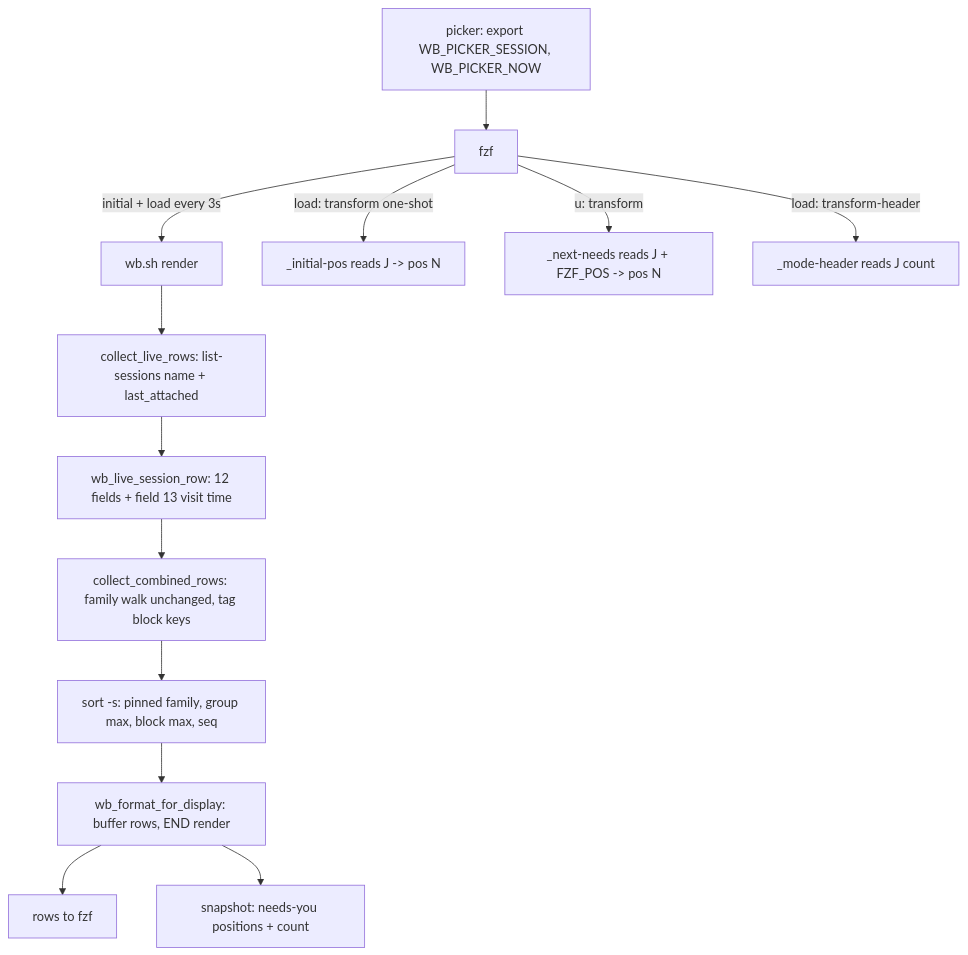
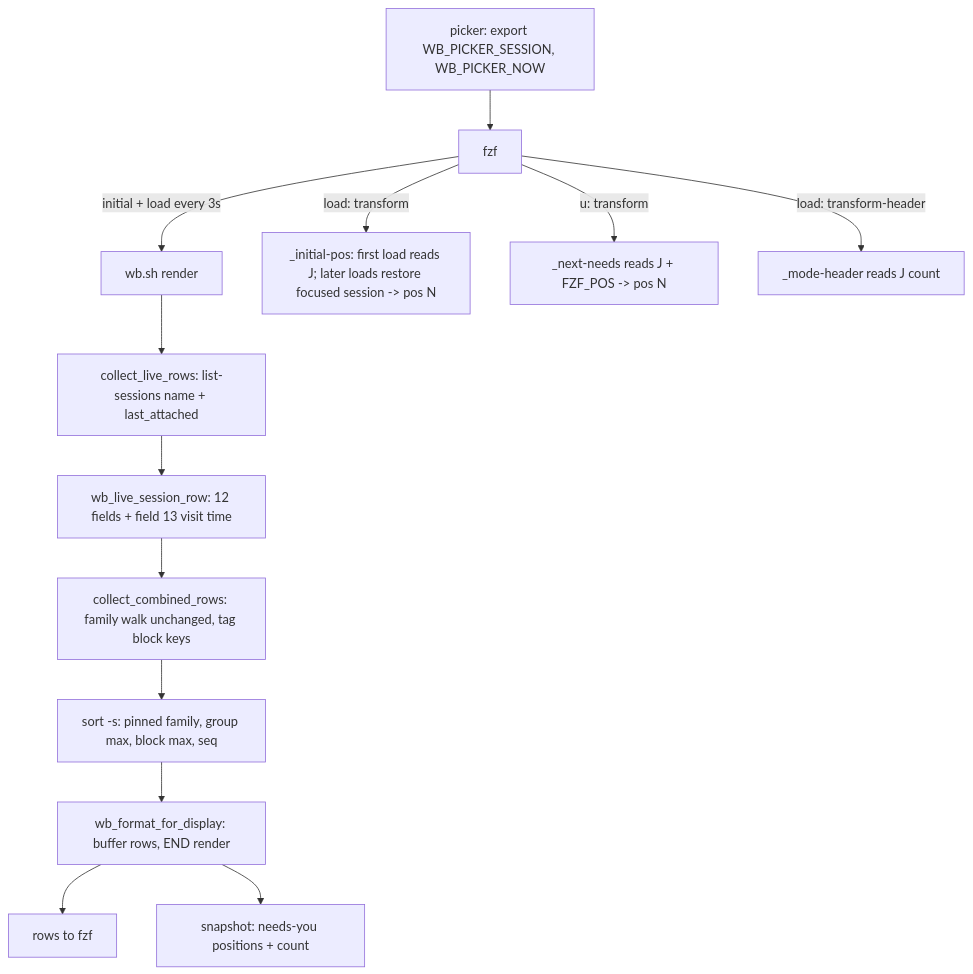
The diagram in docs/plans/2026-10-25-1830-fix-wb-picker-grouping-plan.md (jetnoli-sportable/dotfiles), drawn with Mermaid before and after one commit. The commit also changed other lines of this file, not shown here.

````diff
--- a/docs/plans/2026-10-25-1830-fix-wb-picker-grouping-plan.md
+++ b/docs/plans/2026-10-25-1830-fix-wb-picker-grouping-plan.md
@@ -118,15 +114,15 @@
 ```mermaid
 flowchart TB
   A[picker: export WB_PICKER_SESSION, WB_PICKER_NOW] --> B[fzf]
   B -->|initial + load every 3s| C[wb.sh render]
   C --> D[collect_live_rows: list-sessions name + last_attached]
   D --> E[wb_live_session_row: 12 fields + field 13 visit time]
   E --> F[collect_combined_rows: family walk unchanged, tag block keys]
   F --> G[sort -s: pinned family, group max, block max, seq]
   G --> H[wb_format_for_display: buffer rows, END render]
   H --> I[rows to fzf]
   H --> J[snapshot: needs-you positions + count]
-  B -->|load: transform one-shot| K[_initial-pos reads J -> pos N]
+  B -->|load: transform| K[_initial-pos: first load reads J; later loads restore focused session -> pos N]
   B -->|u: transform| L[_next-needs reads J + FZF_POS -> pos N]
   B -->|load: transform-header| M[_mode-header reads J count]
 ```
````
